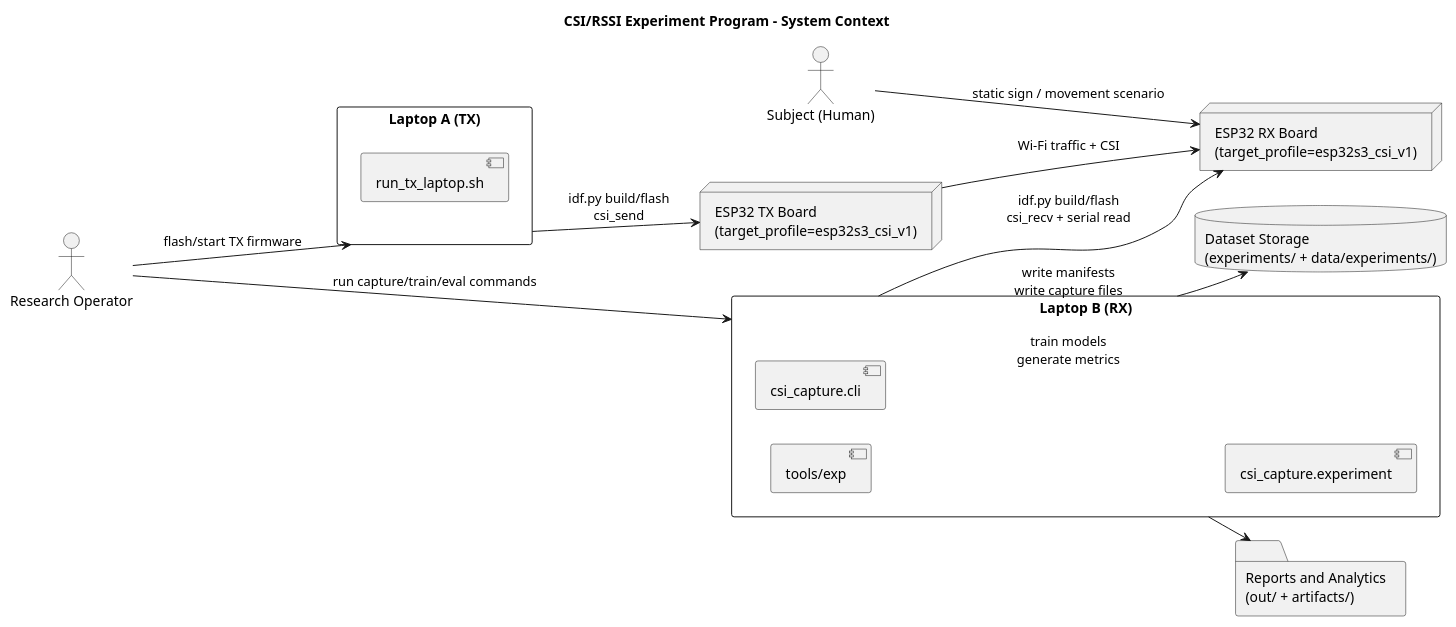
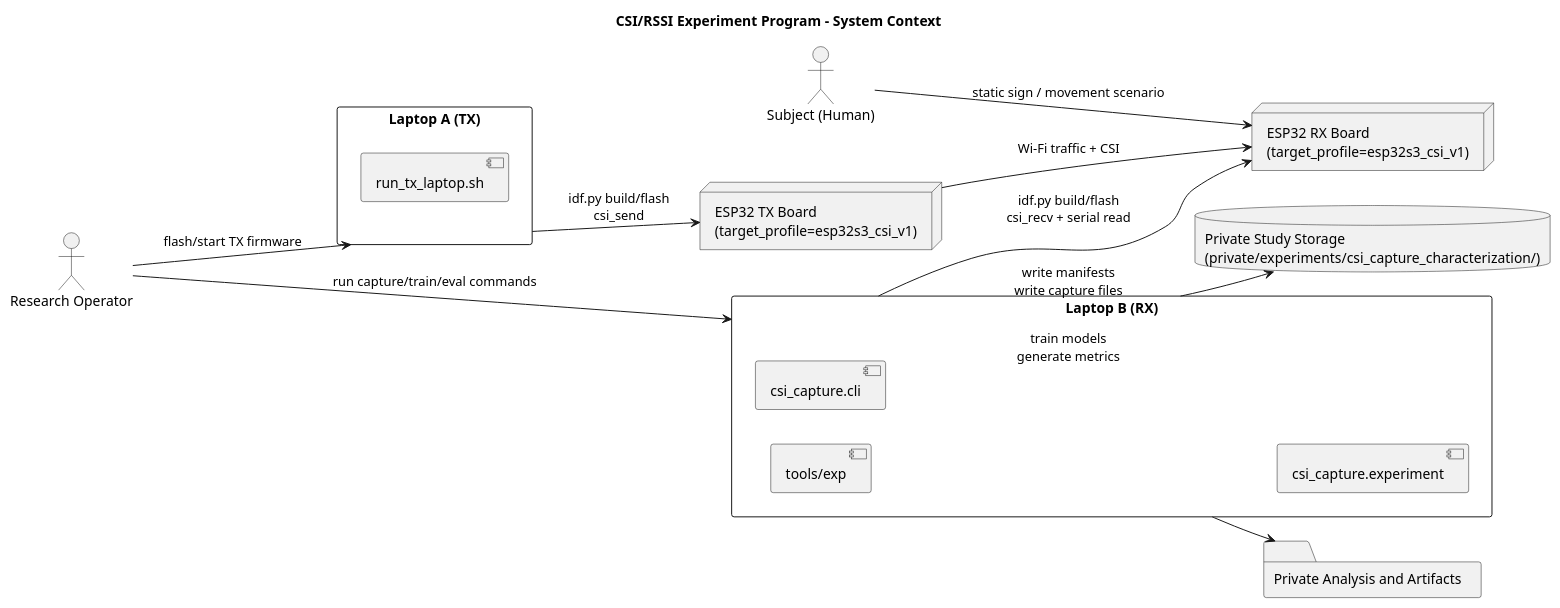
Before and after one commit to Sage-Cat/csi_capturing_example: the diagram in docs/design/plantuml/01_system_context.puml, drawn with PlantUML. The commit also changed 53 other files, not shown here.

Commit message:
Move CSI studies and data out of toolkit

```diff
--- a/docs/design/plantuml/01_system_context.puml
+++ b/docs/design/plantuml/01_system_context.puml
@@ -1,34 +1,34 @@
 @startuml
 title CSI/RSSI Experiment Program - System Context
 
 left to right direction
 skinparam packageStyle rectangle
 
 actor "Research Operator" as Operator
 actor "Subject (Human)" as Subject
 
 rectangle "Laptop A (TX)" as LaptopTX {
   [run_tx_laptop.sh]
 }
 
 rectangle "Laptop B (RX)" as LaptopRX {
   [tools/exp]
   [csi_capture.cli]
   [csi_capture.experiment]
 }
 
 node "ESP32 TX Board\n(target_profile=esp32s3_csi_v1)" as TXBoard
 node "ESP32 RX Board\n(target_profile=esp32s3_csi_v1)" as RXBoard
-database "Dataset Storage\n(experiments/ + data/experiments/)" as DatasetStore
-folder "Reports and Analytics\n(out/ + artifacts/)" as Reports
+database "Private Study Storage\n(private/experiments/csi_capture_characterization/)" as DatasetStore
+folder "Private Analysis and Artifacts" as Reports
 
 Operator --> LaptopTX : flash/start TX firmware
 Operator --> LaptopRX : run capture/train/eval commands
 Subject --> RXBoard : static sign / movement scenario
 LaptopTX --> TXBoard : idf.py build/flash\ncsi_send
 LaptopRX --> RXBoard : idf.py build/flash\ncsi_recv + serial read
 TXBoard --> RXBoard : Wi-Fi traffic + CSI
 LaptopRX --> DatasetStore : write manifests\nwrite capture files
 LaptopRX --> Reports : train models\ngenerate metrics
 
 @enduml
```
